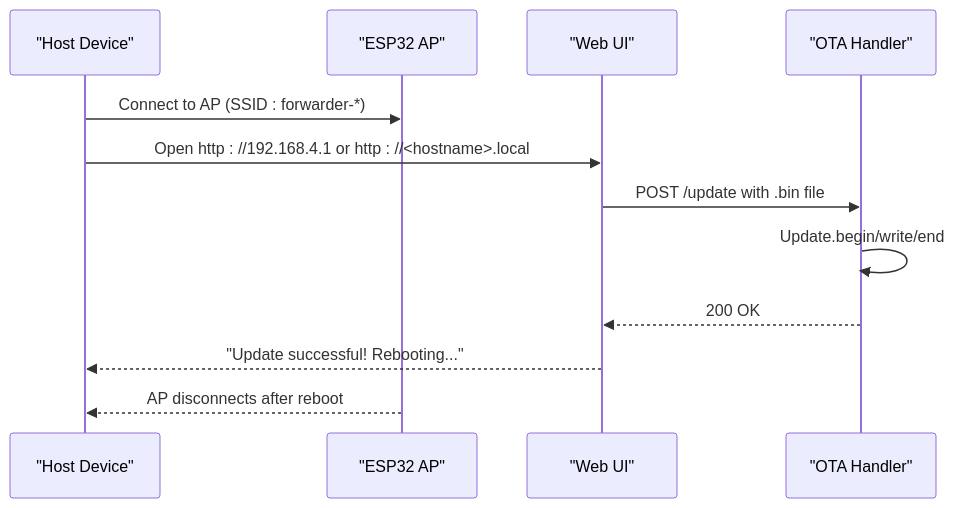
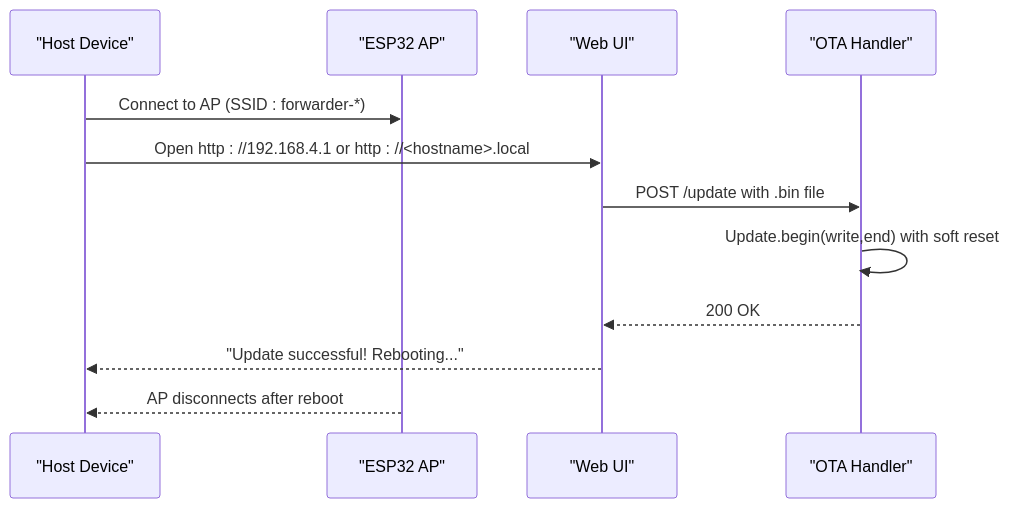
Before and after one commit to gunicsba/ESP_CAN_ECU_joystick_collection: the sixth of 8 diagrams in .qoder/repowiki/en/content/Software Architecture/Build System Configuration.md, drawn with Mermaid. The commit also changed other lines of this file and 13 other files, not shown here.

````diff
--- a/.qoder/repowiki/en/content/Software Architecture/Build System Configuration.md
+++ b/.qoder/repowiki/en/content/Software Architecture/Build System Configuration.md
@@ -379,14 +392,14 @@
 ```mermaid
 sequenceDiagram
 participant Host as "Host Device"
 participant AP as "ESP32 AP"
 participant UI as "Web UI"
 participant OTA as "OTA Handler"
 Host->>AP : Connect to AP (SSID : forwarder-*)
 Host->>UI : Open http : //192.168.4.1 or http : //<hostname>.local
 UI->>OTA : POST /update with .bin file
-OTA->>OTA : Update.begin/write/end
+OTA->>OTA : Update.begin(write,end) with soft reset
 OTA-->>UI : 200 OK
 UI-->>Host : "Update successful! Rebooting..."
 AP-->>Host : AP disconnects after reboot
 ```
````
